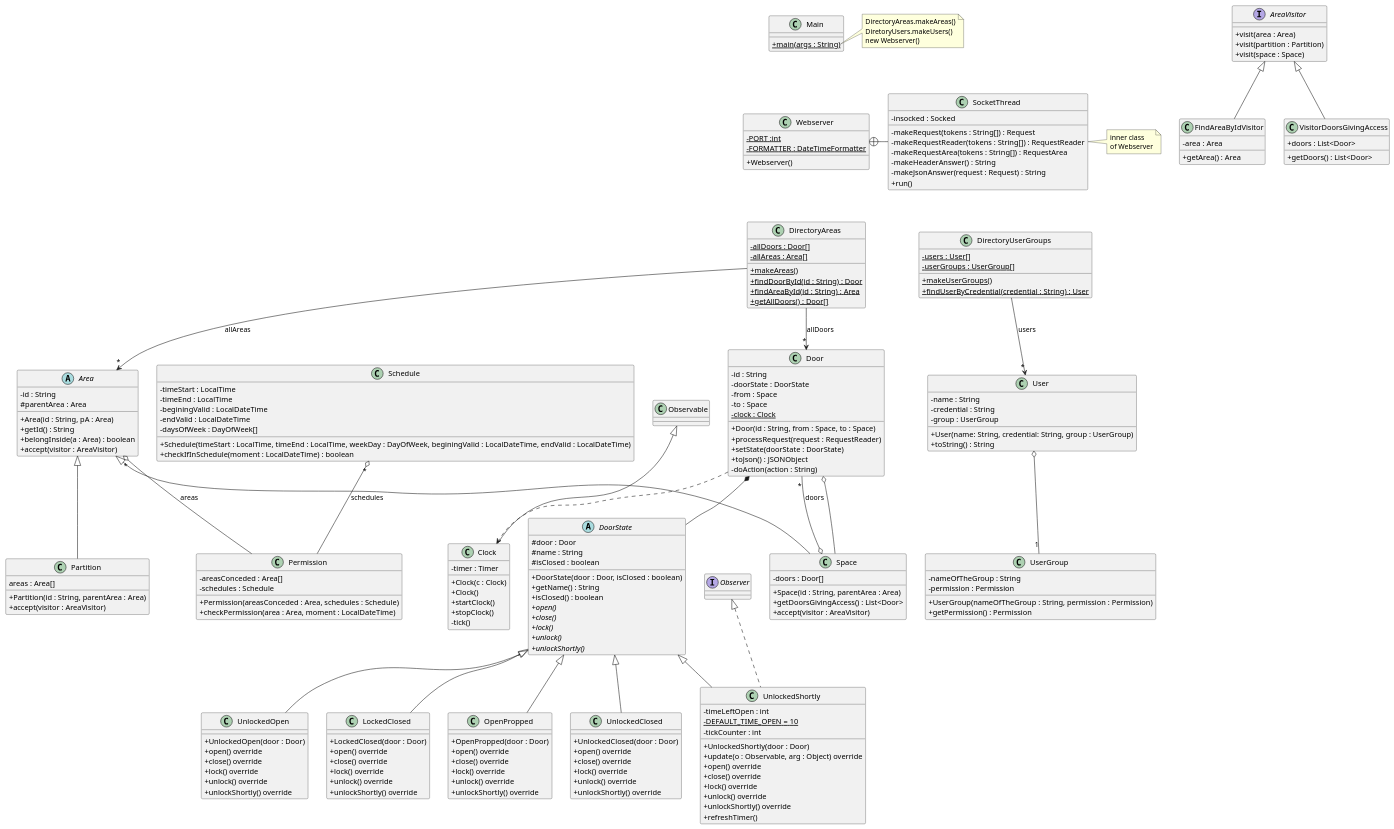
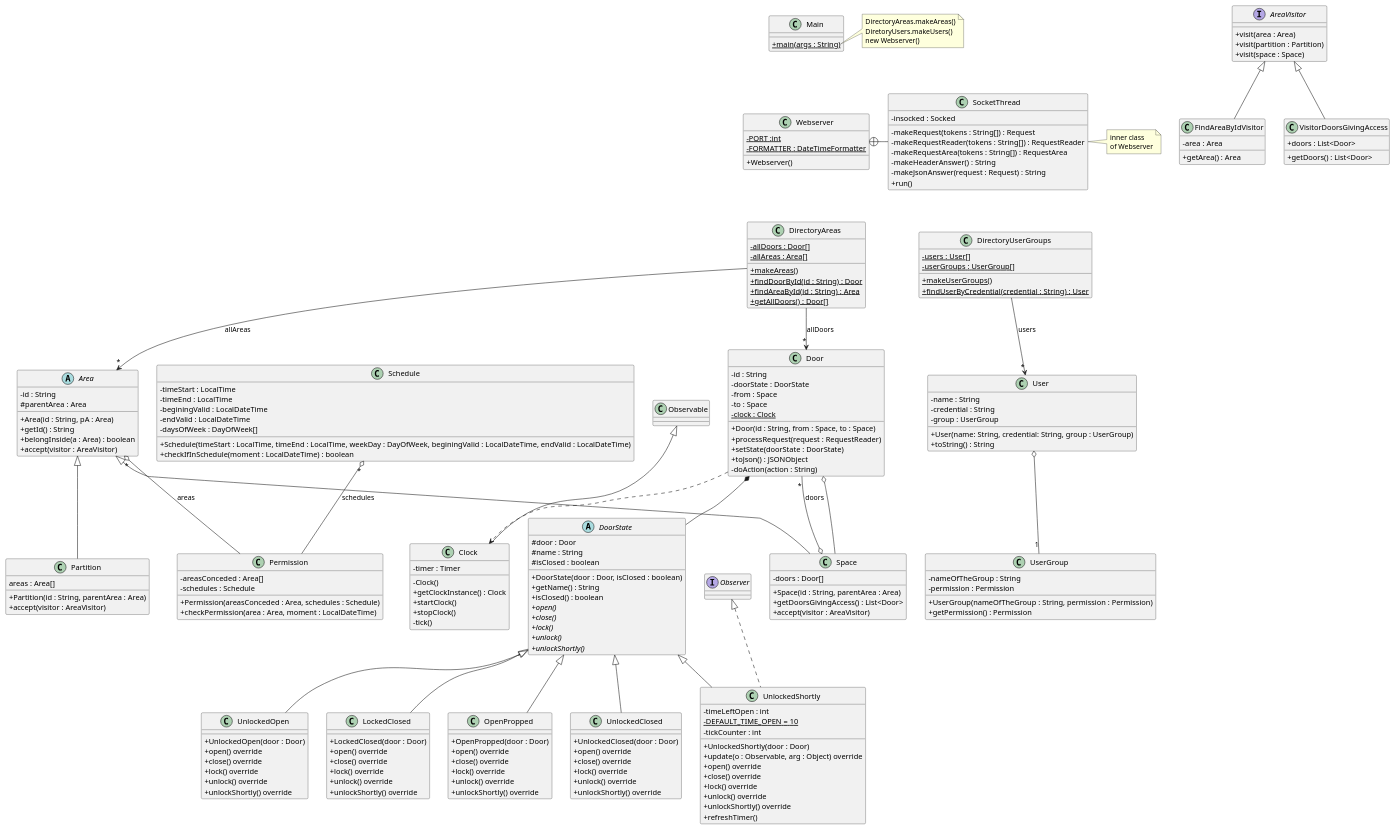
One commit to PolRS/PracticaDS changed the diagram in src/code/uml/base_no_states.puml. Above: the diagram before and after it, drawn with PlantUML. The commit also changed 7 other files, not shown here.

```diff
--- a/src/code/uml/base_no_states.puml
+++ b/src/code/uml/base_no_states.puml
@@ -221,8 +221,8 @@
 
 class Clock extends Observable {
 - timer : Timer
-+ Clock(c : Clock)
-+ Clock()
+- Clock()
++ getClockInstance() : Clock
 + startClock()
 + stopClock()
 - tick()
```
